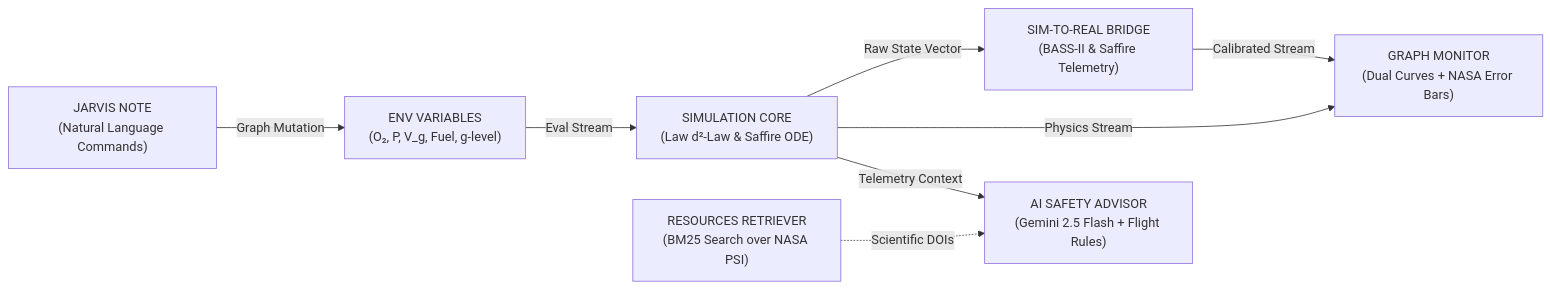
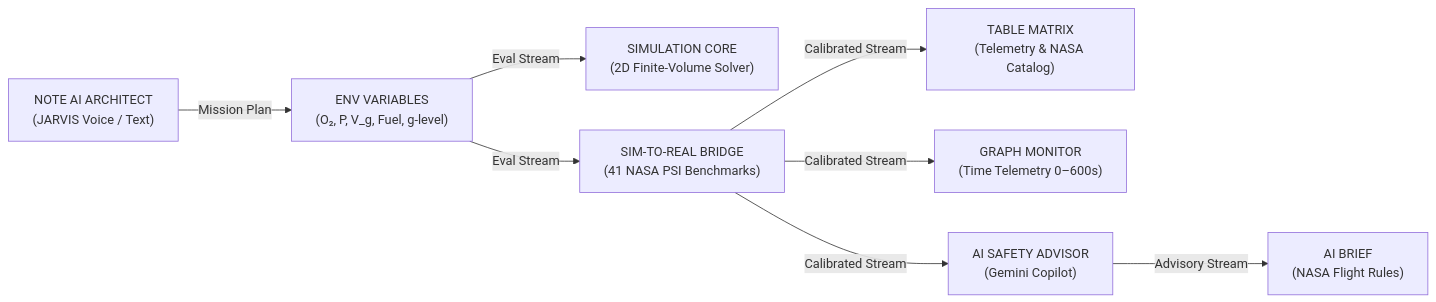
One commit to KarenGhardashyan/flame-in-freefall changed the diagram in README.md. Above: the diagram before and after it, drawn with Mermaid. The commit also changed other lines of this file and 4 other files, not shown here.

````diff
--- a/README.md
+++ b/README.md
@@ -97,10 +97,10 @@
 ```mermaid
 flowchart LR
-    A["ENV VARIABLES<br/>(O₂, P, V_g, Fuel, g-level)"] -->|Eval Stream| B["SIMULATION CORE<br/>(Law d²-Law & Saffire ODE)"]
-    B -->|Raw State Vector| C["SIM-TO-REAL BRIDGE<br/>(BASS-II & Saffire Telemetry)"]
-    B -->|Physics Stream| E["GRAPH MONITOR<br/>(Dual Curves + NASA Error Bars)"]
-    C -->|Calibrated Stream| E
-    B -->|Telemetry Context| D["AI SAFETY ADVISOR<br/>(Gemini 2.5 Flash + Flight Rules)"]
-    F["RESOURCES RETRIEVER<br/>(BM25 Search over NASA PSI)"] -.->|Scientific DOIs| D
-    G["JARVIS NOTE<br/>(Natural Language Commands)"] -->|Graph Mutation| A
+    A["ENV VARIABLES<br/>(O₂, P, V_g, Fuel, g-level)"] -->|Eval Stream| B["SIMULATION CORE<br/>(2D Finite-Volume Solver)"]
+    A -->|Eval Stream| C["SIM-TO-REAL BRIDGE<br/>(41 NASA PSI Benchmarks)"]
+    C -->|Calibrated Stream| D["TABLE MATRIX<br/>(Telemetry & NASA Catalog)"]
+    C -->|Calibrated Stream| E["GRAPH MONITOR<br/>(Time Telemetry 0–600s)"]
+    C -->|Calibrated Stream| F["AI SAFETY ADVISOR<br/>(Gemini Copilot)"]
+    F -->|Advisory Stream| G["AI BRIEF<br/>(NASA Flight Rules)"]
+    H["NOTE AI ARCHITECT<br/>(JARVIS Voice / Text)"] -->|Mission Plan| A
 ```
````
